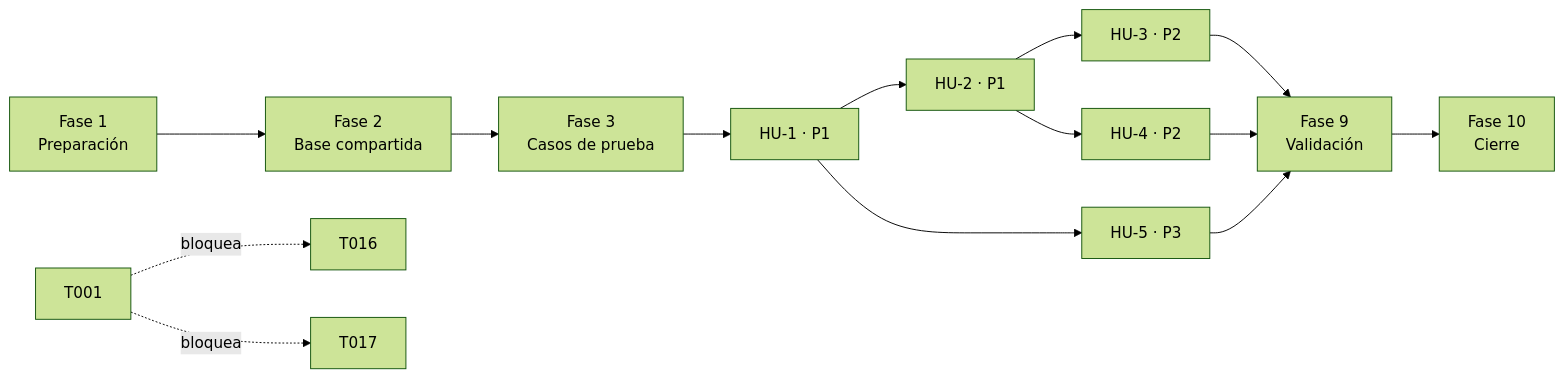
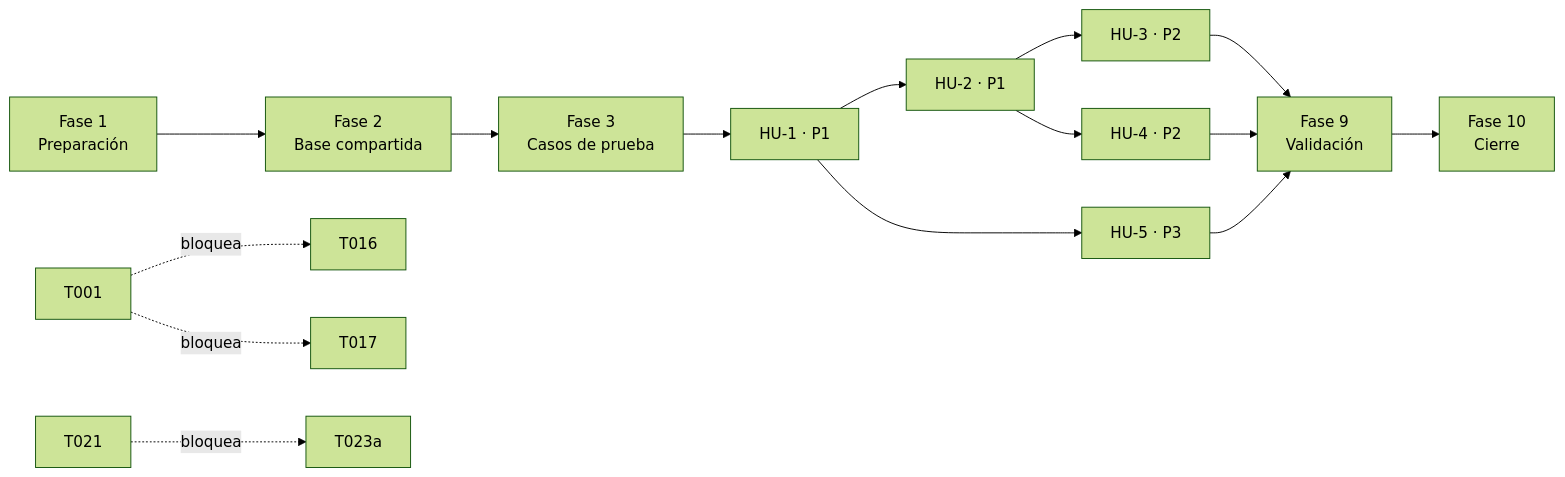
The diagram in specs/002-tipos-de-documentacion/tasks.md (dmoreno-d10a/VIDA), drawn with Mermaid (forest theme) before and after one commit. The commit also changed other lines of this file and 6 other files, not shown here.

````diff
--- a/specs/002-tipos-de-documentacion/tasks.md
+++ b/specs/002-tipos-de-documentacion/tasks.md
@@ -290,16 +305,17 @@
 ```mermaid
 flowchart LR
   F1[Fase 1<br/>Preparación] --> F2[Fase 2<br/>Base compartida]
   F2 --> F3[Fase 3<br/>Casos de prueba]
   F3 --> HU1[HU-1 · P1]
   HU1 --> HU2[HU-2 · P1]
   HU2 --> HU3[HU-3 · P2]
   HU2 --> HU4[HU-4 · P2]
   HU1 --> HU5[HU-5 · P3]
   HU3 --> V[Fase 9<br/>Validación]
   HU4 --> V
   HU5 --> V
   V --> C[Fase 10<br/>Cierre]
   T001 -.bloquea.-> T016
   T001 -.bloquea.-> T017
+  T021 -.bloquea.-> T023a
 ```
````
